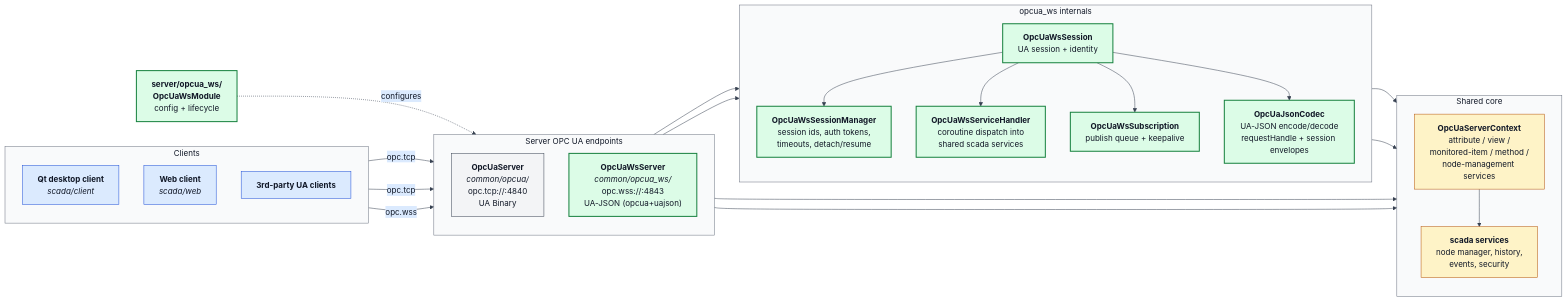
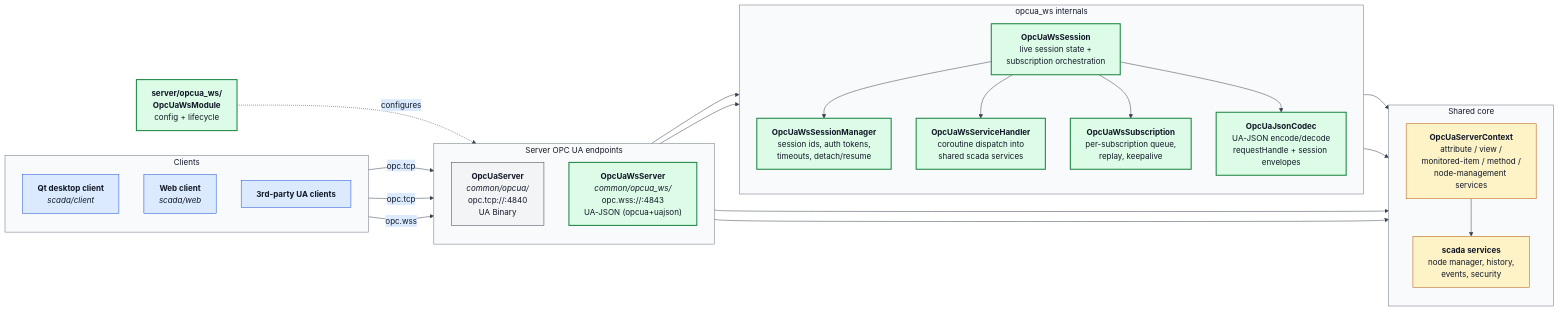
Before and after one commit to alexsmn/scada-common: the diagram in docs/opcua_ws_architecture.mmd, drawn with Mermaid. The commit also changed 12 other files, not shown here.

Commit message:
Add opcua_ws live session runtime

```diff
--- a/docs/opcua_ws_architecture.mmd
+++ b/docs/opcua_ws_architecture.mmd
@@ -1,79 +1,79 @@
 %%{init: {
   'theme': 'base',
   'themeVariables': {
     'background': '#ffffff',
     'primaryColor': '#f3f4f6',
     'primaryBorderColor': '#374151',
     'primaryTextColor': '#111827',
     'secondaryColor': '#dbeafe',
     'secondaryBorderColor': '#1d4ed8',
     'secondaryTextColor': '#111827',
     'tertiaryColor': '#fef3c7',
     'tertiaryBorderColor': '#b45309',
     'tertiaryTextColor': '#111827',
     'lineColor': '#374151',
     'defaultLinkColor': '#374151',
     'clusterBkg': '#f9fafb',
     'clusterBorder': '#6b7280',
     'titleColor': '#111827'
   },
   'flowchart': {'htmlLabels': true}
 }}%%
 flowchart LR
     subgraph Clients["Clients"]
         direction TB
         QT["<b>Qt desktop client</b><br/><i>scada/client</i>"]
         WEB["<b>Web client</b><br/><i>scada/web</i>"]
         NATIVE["<b>3rd-party UA clients</b>"]
     end
 
     subgraph Endpoints["Server OPC UA endpoints"]
         direction TB
         TCP["<b>OpcUaServer</b><br/><i>common/opcua/</i><br/>opc.tcp://:4840<br/>UA Binary"]
         WS["<b>OpcUaWsServer</b><br/><i>common/opcua_ws/</i><br/>opc.wss://:4843<br/>UA-JSON (opcua+uajson)"]
     end
 
     subgraph WsInternals["opcua_ws internals"]
         direction TB
-        SESS["<b>OpcUaWsSession</b><br/>UA session + identity"]
+        SESS["<b>OpcUaWsSession</b><br/>live session state +<br/>subscription orchestration"]
         SMGR["<b>OpcUaWsSessionManager</b><br/>session ids, auth tokens,<br/>timeouts, detach/resume"]
         HANDLER["<b>OpcUaWsServiceHandler</b><br/>coroutine dispatch into<br/>shared scada services"]
-        SUB["<b>OpcUaWsSubscription</b><br/>publish queue + keepalive"]
+        SUB["<b>OpcUaWsSubscription</b><br/>per-subscription queue,<br/>replay, keepalive"]
         CODEC["<b>OpcUaJsonCodec</b><br/>UA-JSON encode/decode<br/>requestHandle + session envelopes"]
     end
 
     subgraph Core["Shared core"]
         direction TB
         CTX["<b>OpcUaServerContext</b><br/>attribute / view /<br/>monitored-item / method /<br/>node-management services"]
         SVC["<b>scada services</b><br/>node manager, history,<br/>events, security"]
     end
 
     MOD["<b>server/opcua_ws/<br/>OpcUaWsModule</b><br/>config + lifecycle"]
 
     QT -->|opc.tcp| TCP
     NATIVE -->|opc.tcp| TCP
     WEB -->|opc.wss| WS
 
     WS --> SESS
     SESS --> SMGR
     SESS --> HANDLER
     WS --> CODEC
     SESS --> SUB
     SESS --> CODEC
     HANDLER --> CTX
     SMGR --> CTX
 
     TCP --> CTX
     WS --> CTX
     CTX --> SVC
 
     MOD -.configures.-> WS
 
     classDef clientStyle fill:#dbeafe,stroke:#1d4ed8,color:#111827
     classDef newModule fill:#dcfce7,stroke:#15803d,color:#111827,stroke-width:2px
     classDef existing fill:#f3f4f6,stroke:#374151,color:#111827
     classDef core fill:#fef3c7,stroke:#b45309,color:#111827
     class QT,WEB,NATIVE clientStyle
     class WS,SESS,SMGR,HANDLER,SUB,CODEC,MOD newModule
     class TCP existing
     class CTX,SVC core
```
